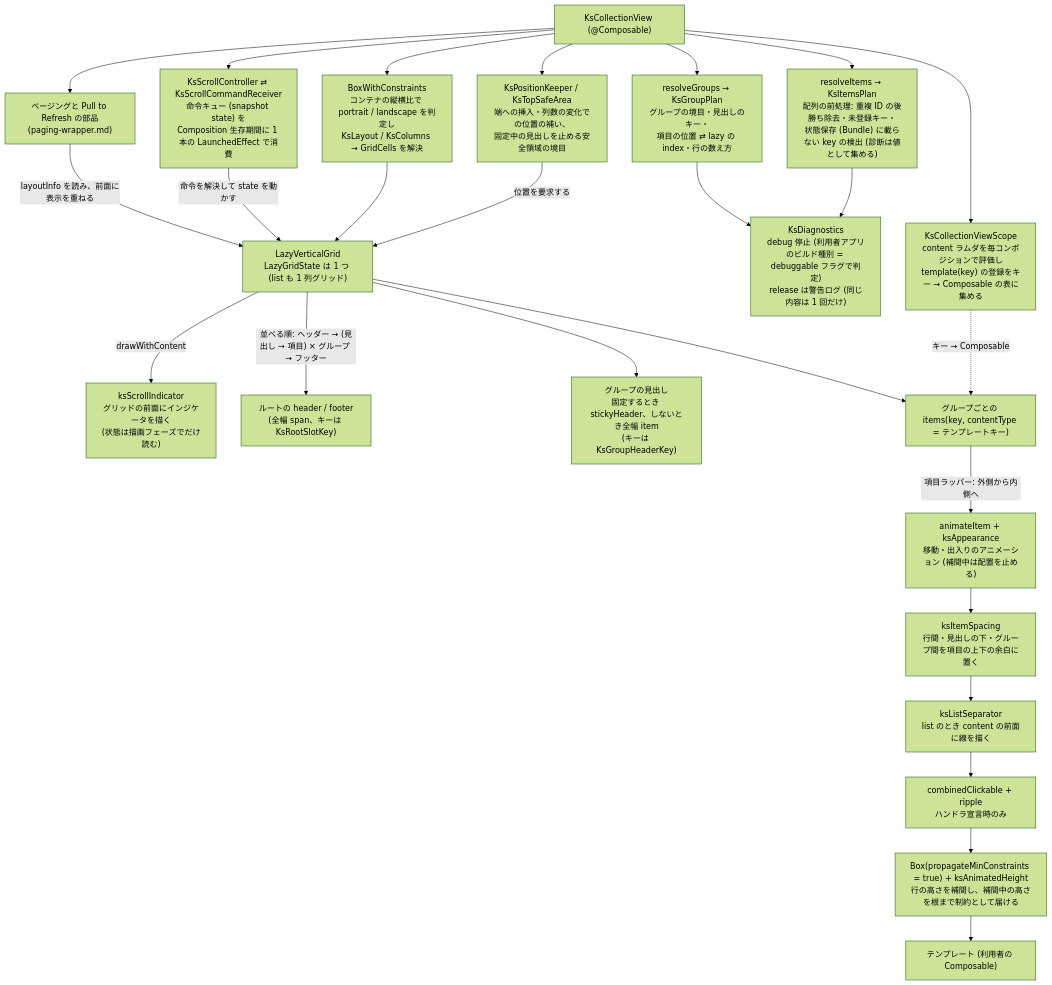
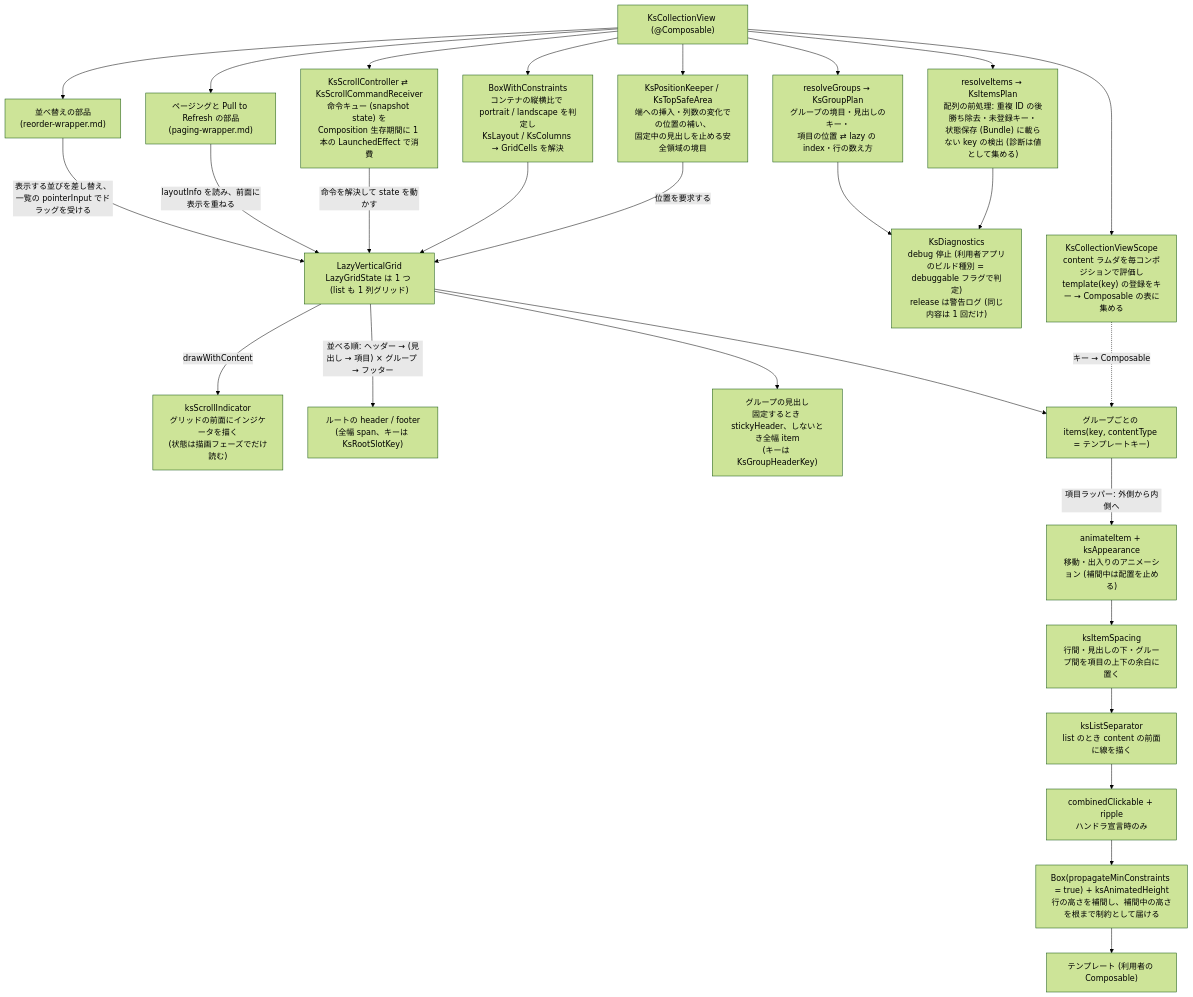
One commit to kamusoft/KsCollectionView changed the diagram in kasane/concepts/android/architecture/compose-wrapper.md. Above: the diagram before and after it, drawn with Mermaid (forest theme). The commit also changed other lines of this file and 203 other files, not shown here.

````diff
--- a/kasane/concepts/android/architecture/compose-wrapper.md
+++ b/kasane/concepts/android/architecture/compose-wrapper.md
@@ -19,37 +25,39 @@
 ```mermaid
 flowchart TD
     KCV["KsCollectionView (@Composable)"]
     SCOPE["KsCollectionViewScope<br/>content ラムダを毎コンポジションで評価し<br/>template(key) の登録をキー → Composable の表に集める"]
     PLAN["resolveItems → KsItemsPlan<br/>配列の前処理: 重複 ID の後勝ち除去・未登録キー・<br/>状態保存 (Bundle) に載らない key の検出 (診断は値として集める)"]
     GPLAN["resolveGroups → KsGroupPlan<br/>グループの境目・見出しのキー・<br/>項目の位置 ⇄ lazy の index・行の数え方"]
     KEEP["KsPositionKeeper / KsTopSafeArea<br/>端への挿入・列数の変化での位置の補い、<br/>固定中の見出しを止める安全領域の境目"]
     DIAG["KsDiagnostics<br/>debug 停止 (利用者アプリのビルド種別 = debuggable フラグで判定)<br/>release は警告ログ (同じ内容は 1 回だけ)"]
     BWC["BoxWithConstraints<br/>コンテナの縦横比で portrait / landscape を判定し<br/>KsLayout / KsColumns → GridCells を解決"]
     CTRL["KsScrollController ⇄ KsScrollCommandReceiver<br/>命令キュー (snapshot state) を<br/>Composition 生存期間に 1 本の LaunchedEffect で消費"]
     GRID["LazyVerticalGrid<br/>LazyGridState は 1 つ (list も 1 列グリッド)"]
     IND["ksScrollIndicator<br/>グリッドの前面にインジケータを描く<br/>(状態は描画フェーズでだけ読む)"]
     ROOT["ルートの header / footer<br/>(全幅 span、キーは KsRootSlotKey)"]
     GHDR["グループの見出し<br/>固定するとき stickyHeader、しないとき全幅 item<br/>(キーは KsGroupHeaderKey)"]
     ITEMS["グループごとの items(key, contentType = テンプレートキー)"]
     ANIM["animateItem + ksAppearance<br/>移動・出入りのアニメーション (補間中は配置を止める)"]
     SPACE["ksItemSpacing<br/>行間・見出しの下・グループ間を項目の上下の余白に置く"]
     SEP["ksListSeparator<br/>list のとき content の前面に線を描く"]
     TAP["combinedClickable + ripple<br/>ハンドラ宣言時のみ"]
     BOX["Box(propagateMinConstraints = true) + ksAnimatedHeight<br/>行の高さを補間し、補間中の高さを根まで制約として届ける"]
     TPL["テンプレート (利用者の Composable)"]
     PAGE["ページングと Pull to Refresh の部品<br/>(paging-wrapper.md)"]
+    REORDER["並べ替えの部品<br/>(reorder-wrapper.md)"]
 
     KCV --> SCOPE
     KCV --> PLAN --> DIAG
     KCV --> GPLAN --> DIAG
     KCV --> KEEP -- 位置を要求する --> GRID
     KCV --> BWC --> GRID
     KCV --> CTRL -- 命令を解決して state を動かす --> GRID
     SCOPE -. キー → Composable .-> ITEMS
     GRID -- drawWithContent --> IND
     GRID -- "並べる順: ヘッダー → (見出し → 項目) × グループ → フッター" --> ROOT
     GRID --> GHDR
     GRID --> ITEMS
     ITEMS -- 項目ラッパー: 外側から内側へ --> ANIM --> SPACE --> SEP --> TAP --> BOX --> TPL
     KCV --> PAGE -- layoutInfo を読み、前面に表示を重ねる --> GRID
+    KCV --> REORDER -- "表示する並びを差し替え、一覧の pointerInput でドラッグを受ける" --> GRID
 ```
````
